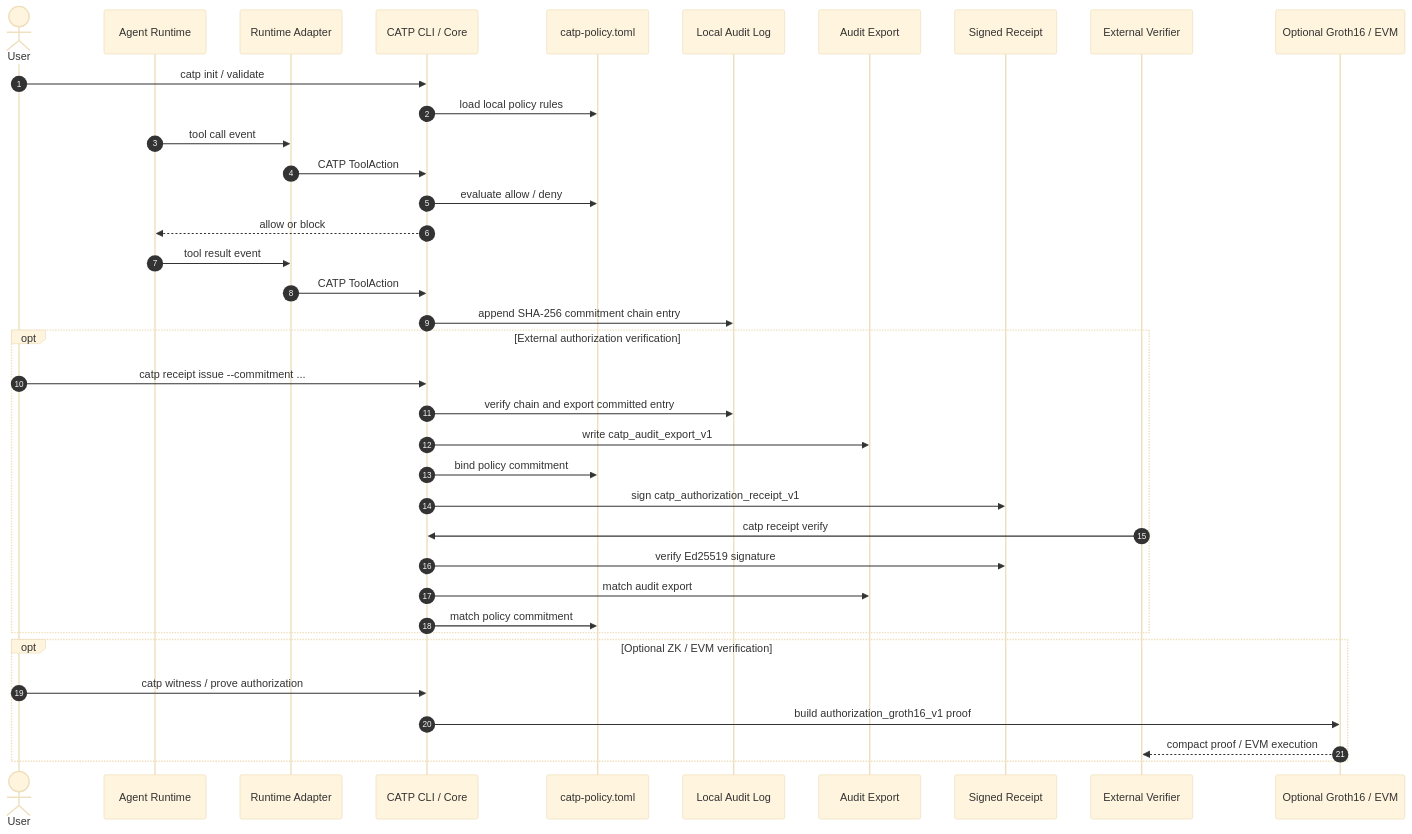
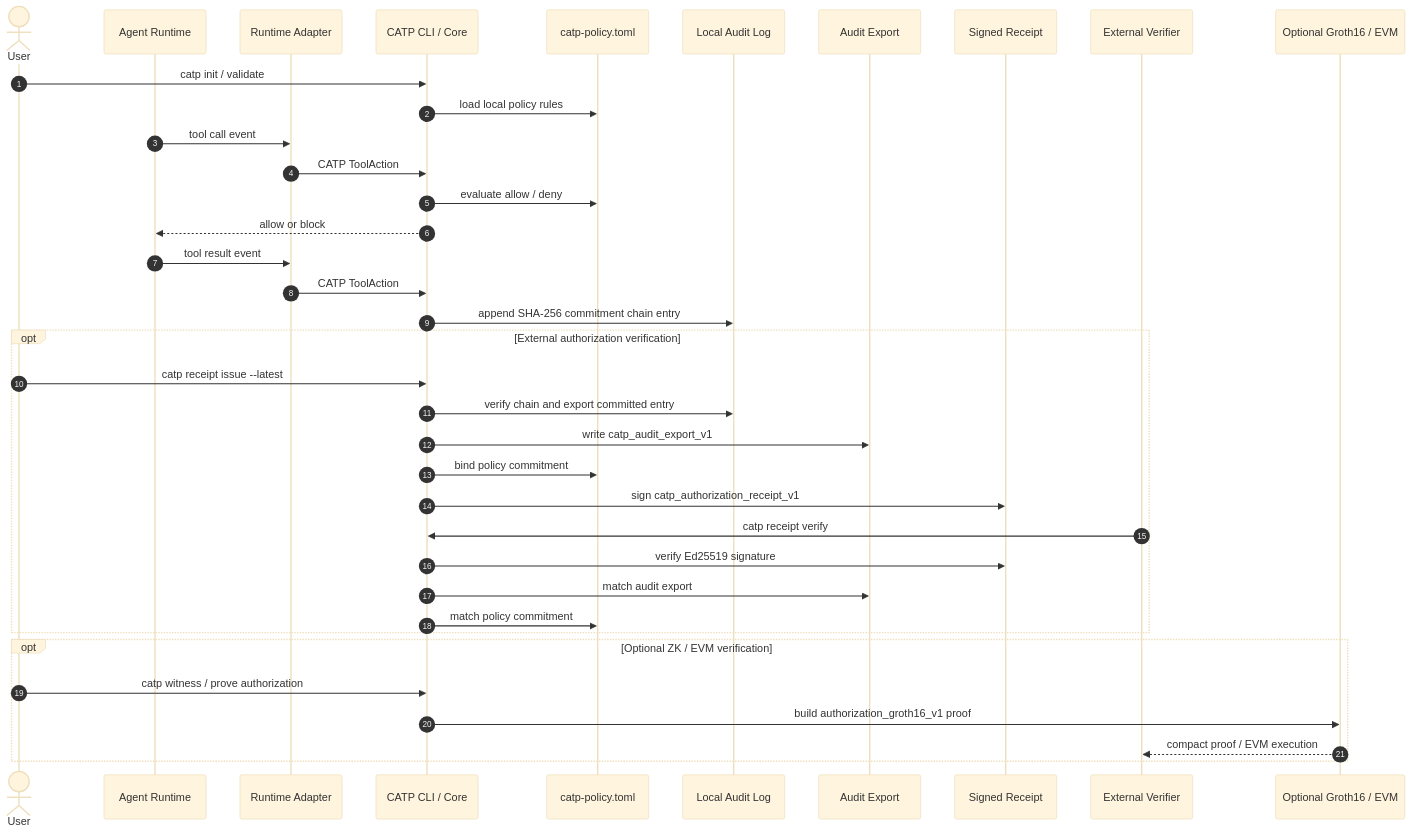
The diagram in README.md (lfzkoala/catp), drawn with Mermaid (base theme) before and after one commit. The commit also changed other lines of this file and 7 other files, not shown here.

Commit message:
add latest receipt issuance

````diff
--- a/README.md
+++ b/README.md
@@ -41,42 +41,42 @@
 ```mermaid
 sequenceDiagram
   autonumber
   actor User
   participant Agent as Agent Runtime
   participant Adapter as Runtime Adapter
   participant CATP as CATP CLI / Core
   participant Policy as catp-policy.toml
   participant Audit as Local Audit Log
   participant Export as Audit Export
   participant Receipt as Signed Receipt
   participant Verifier as External Verifier
   participant ZK as Optional Groth16 / EVM
 
   User->>CATP: catp init / validate
   CATP->>Policy: load local policy rules
   Agent->>Adapter: tool call event
   Adapter->>CATP: CATP ToolAction
   CATP->>Policy: evaluate allow / deny
   CATP-->>Agent: allow or block
   Agent->>Adapter: tool result event
   Adapter->>CATP: CATP ToolAction
   CATP->>Audit: append SHA-256 commitment chain entry
 
   opt External authorization verification
-    User->>CATP: catp receipt issue --commitment ...
+    User->>CATP: catp receipt issue --latest
     CATP->>Audit: verify chain and export committed entry
     CATP->>Export: write catp_audit_export_v1
     CATP->>Policy: bind policy commitment
     CATP->>Receipt: sign catp_authorization_receipt_v1
     Verifier->>CATP: catp receipt verify
     CATP->>Receipt: verify Ed25519 signature
     CATP->>Export: match audit export
     CATP->>Policy: match policy commitment
   end
 
   opt Optional ZK / EVM verification
     User->>CATP: catp witness / prove authorization
     CATP->>ZK: build authorization_groth16_v1 proof
     ZK-->>Verifier: compact proof / EVM execution
   end
 ```
````
